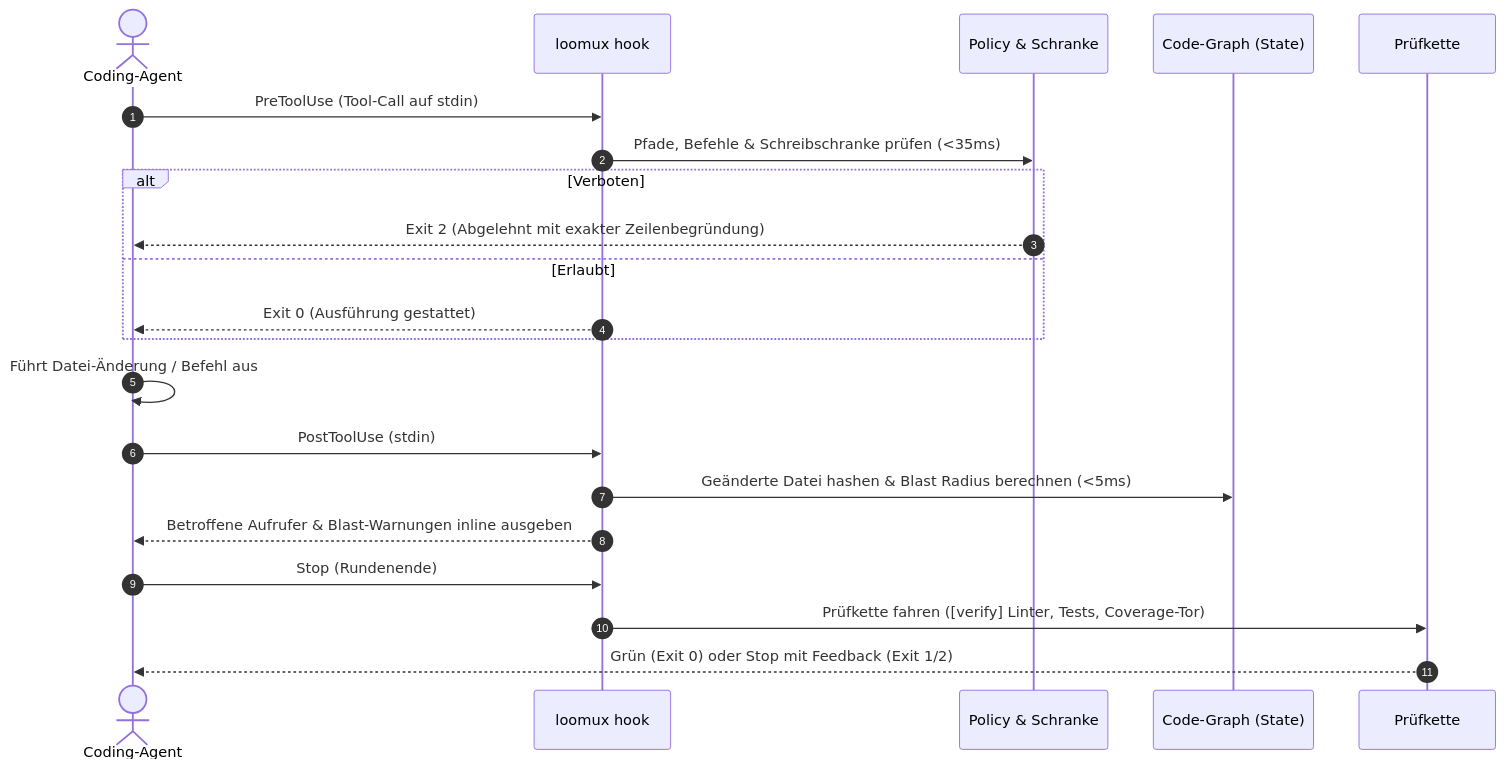
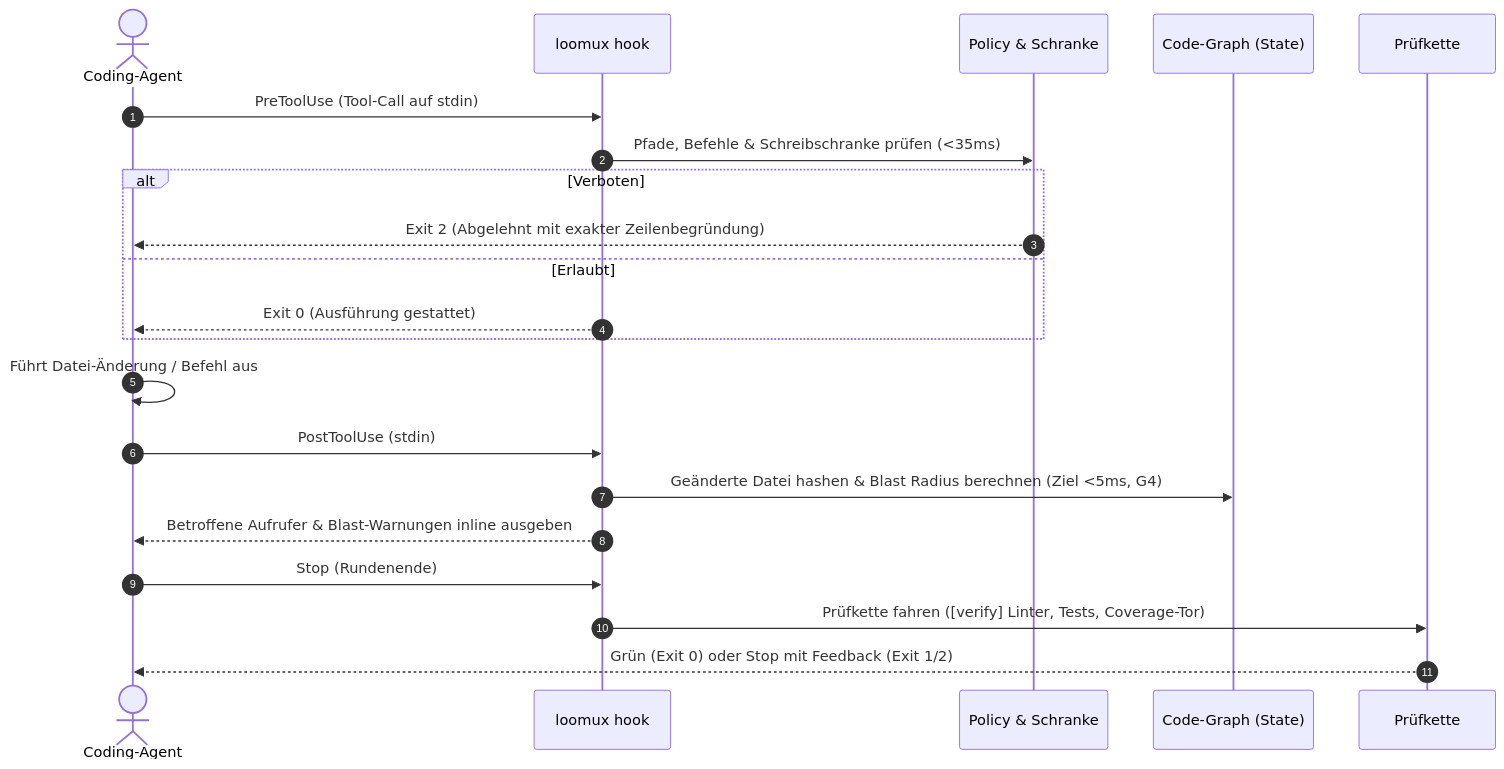
One commit to xidus90/loomux changed the second of 4 diagrams in README.de.md. Above: the diagram before and after it, drawn with Mermaid. The commit also changed other lines of this file and 3 other files, not shown here.

First line of the commit message:
Call the remaining graph latencies targets

````diff
--- a/README.de.md
+++ b/README.de.md
@@ -46,27 +46,27 @@
 ```mermaid
 sequenceDiagram
     autonumber
     actor Agent as Coding-Agent
     participant Hook as loomux hook
     participant Policy as Policy & Schranke
     participant Graph as Code-Graph (State)
     participant Verify as Prüfkette
 
     Agent->>Hook: PreToolUse (Tool-Call auf stdin)
     Hook->>Policy: Pfade, Befehle & Schreibschranke prüfen (<35ms)
     alt Verboten
         Policy-->>Agent: Exit 2 (Abgelehnt mit exakter Zeilenbegründung)
     else Erlaubt
         Hook-->>Agent: Exit 0 (Ausführung gestattet)
     end
 
     Agent->>Agent: Führt Datei-Änderung / Befehl aus
 
     Agent->>Hook: PostToolUse (stdin)
-    Hook->>Graph: Geänderte Datei hashen & Blast Radius berechnen (<5ms)
+    Hook->>Graph: Geänderte Datei hashen & Blast Radius berechnen (Ziel <5ms, G4)
     Hook-->>Agent: Betroffene Aufrufer & Blast-Warnungen inline ausgeben
 
     Agent->>Hook: Stop (Rundenende)
     Hook->>Verify: Prüfkette fahren ([verify] Linter, Tests, Coverage-Tor)
     Verify-->>Agent: Grün (Exit 0) oder Stop mit Feedback (Exit 1/2)
 ```
````
